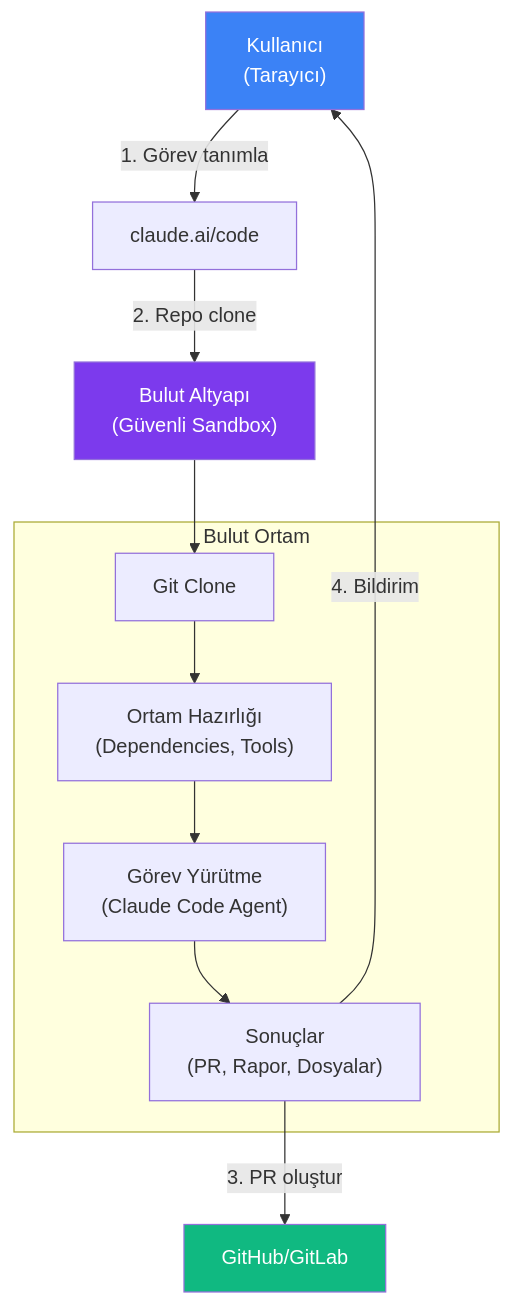
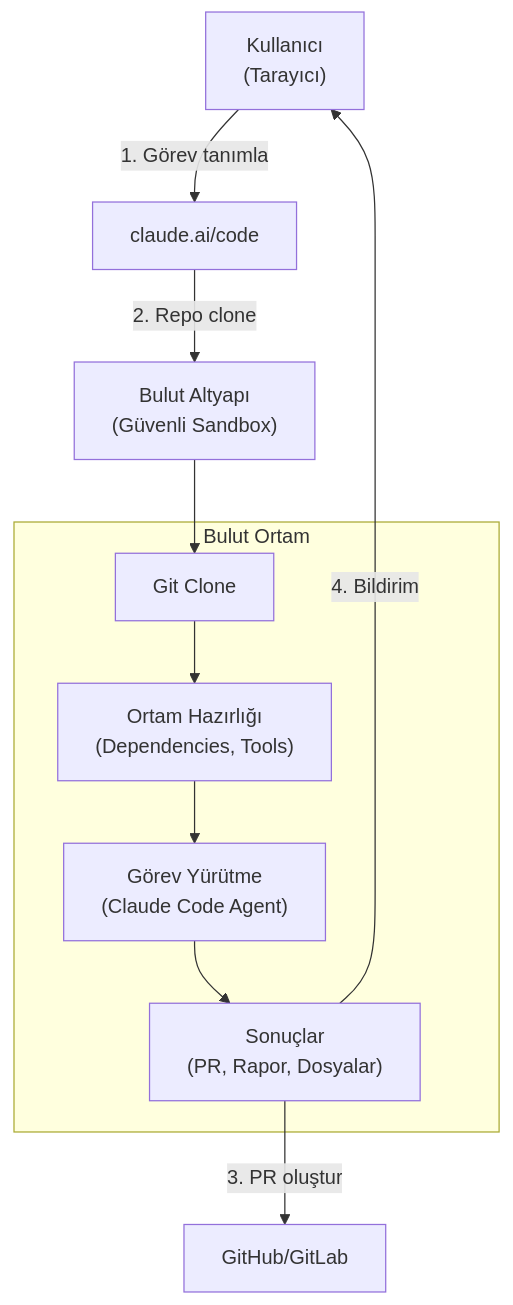
Before and after one commit to IzzetYasinAtes/ClaudeCodeHandbook: the second of 7 diagrams in 15-entegrasyonlar/08-web-uzerinde-claude-code.md, drawn with Mermaid. The commit also changed other lines of this file and 97 other files, not shown here.

Commit message:
Remove all custom Mermaid style/fill colors from 98 markdown files for consistent dark theme rendering

````diff
--- a/15-entegrasyonlar/08-web-uzerinde-claude-code.md
+++ b/15-entegrasyonlar/08-web-uzerinde-claude-code.md
@@ -52,21 +50,18 @@
 ```mermaid
 flowchart TB
     U["Kullanıcı<br/>(Tarayıcı)"] -->|"1. Görev tanımla"| WEB["claude.ai/code"]
     WEB -->|"2. Repo clone"| CLOUD["Bulut Altyapı<br/>(Güvenli Sandbox)"]
     
     subgraph cloud_env ["Bulut Ortam"]
         CLONE["Git Clone"]
         ENV["Ortam Hazırlığı<br/>(Dependencies, Tools)"]
         EXEC["Görev Yürütme<br/>(Claude Code Agent)"]
         RESULT["Sonuçlar<br/>(PR, Rapor, Dosyalar)"]
     end
 
     CLOUD --> CLONE --> ENV --> EXEC --> RESULT
 
     RESULT -->|"3. PR oluştur"| GH["GitHub/GitLab"]
     RESULT -->|"4. Bildirim"| U
 
-    style U fill:#3B82F6,color:#fff
-    style CLOUD fill:#7C3AED,color:#fff
-    style GH fill:#10B981,color:#fff
 ```
````
